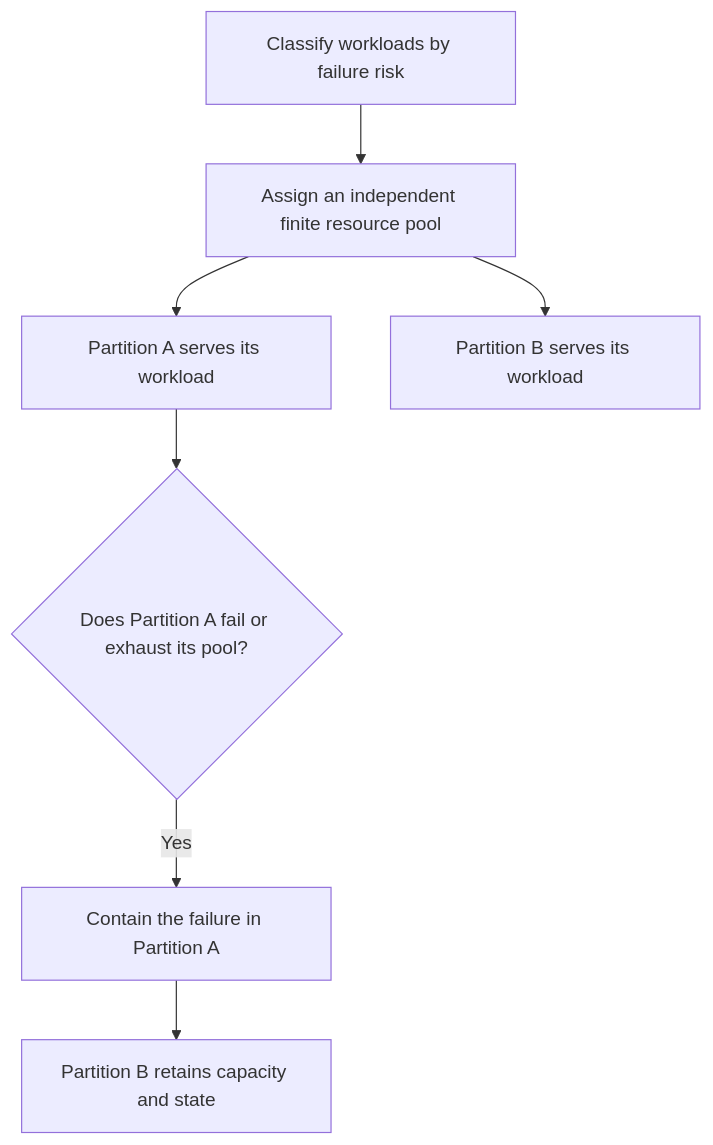
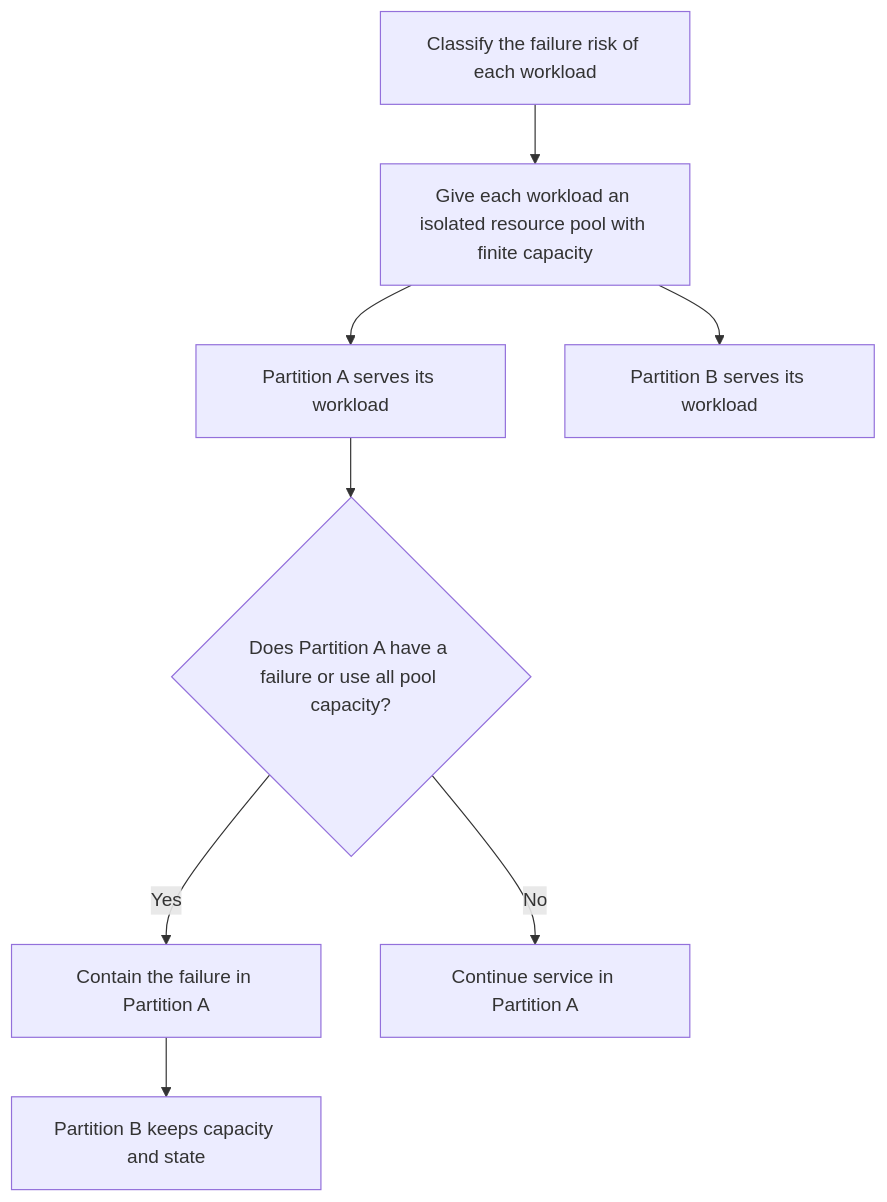
Before and after one commit to HomericIntelligence/Athena: the diagram in docs/principles/details/p042-fault-isolation-bulkheads.md, drawn with Mermaid. The commit also changed other lines of this file and 91 other files, not shown here.

````diff
--- a/docs/principles/details/p042-fault-isolation-bulkheads.md
+++ b/docs/principles/details/p042-fault-isolation-bulkheads.md
@@ -39,9 +39,10 @@
 ```mermaid
 flowchart TD
-    A["Classify workloads by failure risk"] --> B["Assign an independent finite resource pool"]
+    A["Classify the failure risk of each workload"] --> B["Give each workload an isolated resource pool with finite capacity"]
     B --> C1["Partition A serves its workload"]
     B --> C2["Partition B serves its workload"]
-    C1 --> D{"Does Partition A fail or exhaust its pool?"}
+    C1 --> D{"Does Partition A have a failure or use all pool capacity?"}
     D -- Yes --> E["Contain the failure in Partition A"]
-    E --> F["Partition B retains capacity and state"]
+    D -- No --> G["Continue service in Partition A"]
+    E --> F["Partition B keeps capacity and state"]
 ```
````
